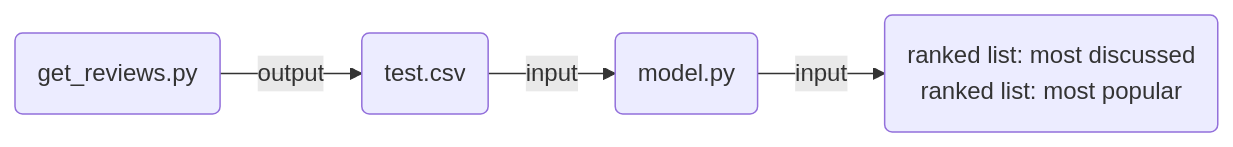
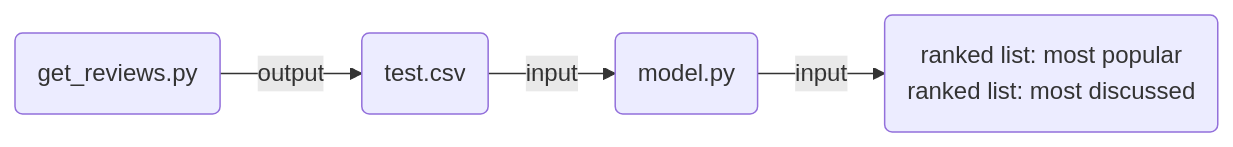
Before and after one commit to alivabernali/MovieRekomendr: the diagram in README.md, drawn with Mermaid.

````diff
--- a/README.md
+++ b/README.md
@@ -13,4 +13,4 @@
 ```mermaid
 graph LR
-A(get_reviews.py)-->|output| B(test.csv)-->|input| C(model.py)-->|input| D(ranked list: most discussed </br>ranked list: most popular)
+A(get_reviews.py)-->|output| B(test.csv)-->|input| C(model.py)-->|input| D(ranked list: most popular </br>ranked list: most discussed)
 ```
````
